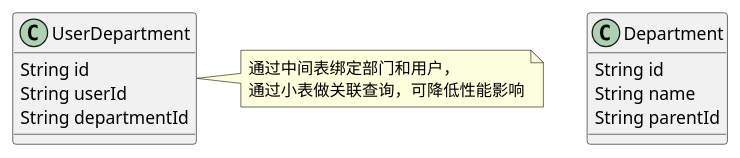
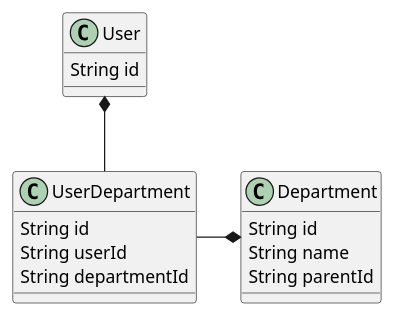
One commit to crazydan-studio/duzhou.crazydan.io changed the second of 2 diagrams in docs/100.development/200.framework/500.backend/200.auth/100.design.md. Above: the diagram before and after it, drawn with PlantUML. The commit also changed other lines of this file, not shown here.

````diff
--- a/docs/100.development/200.framework/500.backend/200.auth/100.design.md
+++ b/docs/100.development/200.framework/500.backend/200.auth/100.design.md
@@ -191,18 +196,19 @@
 ```plantuml
+class User {
+  String id
+}
+
 class Department {
   String id
   String name
   String parentId
 }
 
 class UserDepartment {
   String id
   String userId
   String departmentId
 }
-
-note right of UserDepartment
-  通过中间表绑定部门和用户，
-  通过小表做关联查询，可降低性能影响
-end note
+User *-down- UserDepartment
+Department *-left- UserDepartment
 ```
````
